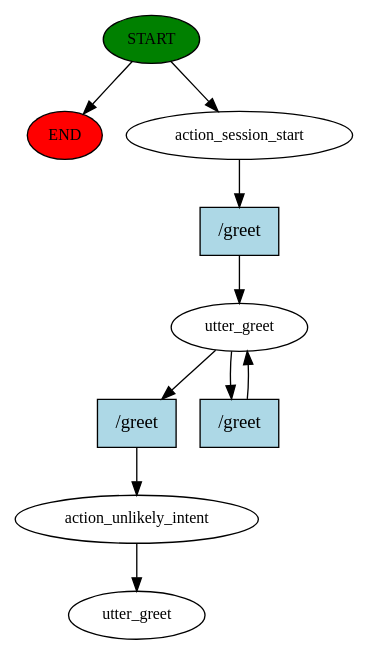
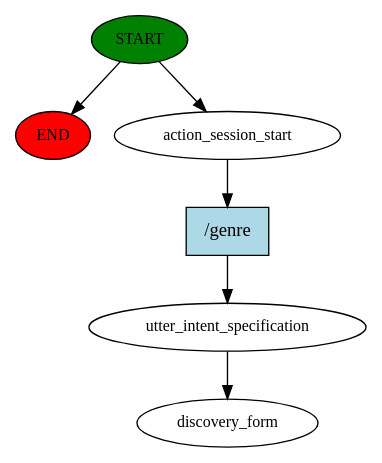
Before and after one commit to sislab-unitn/Let-s-Give-a-Voice-to-Conversational-Agents-in-VR: the diagram in rasa/story_graph.dot, drawn with Graphviz. The commit also changed 4 other files, not shown here.

```diff
--- a/rasa/story_graph.dot
+++ b/rasa/story_graph.dot
@@ -1,20 +1,13 @@
 digraph  {
 0 [class="start active", fillcolor=green, fontsize=12, label=START, style=filled];
 "-1" [class=end, fillcolor=red, fontsize=12, label=END, style=filled];
 1 [class=active, fontsize=12, label=action_session_start];
-2 [class=active, fontsize=12, label=utter_greet];
-4 [class=active, fontsize=12, label=action_unlikely_intent];
-5 [class="dashed active", fontsize=12, label=utter_greet];
-6 [class="intent active", fillcolor=lightblue, label="/greet", shape=rect, style=filled];
-7 [class="intent active", fillcolor=lightblue, label="/greet", shape=rect, style=filled];
-8 [class="intent active", fillcolor=lightblue, label="/greet", shape=rect, style=filled];
+2 [class=active, fontsize=12, label=utter_intent_specification];
+3 [class="dashed active", fontsize=12, label=discovery_form];
+4 [class="intent active", fillcolor=lightblue, label="/genre", shape=rect, style=filled];
 0 -> "-1"  [class="", key=NONE, label=""];
 0 -> 1  [class=active, key=NONE, label=""];
-1 -> 6  [class=active, key=0];
-2 -> 7  [class=active, key=0];
-2 -> 8  [class=active, key=0];
-4 -> 5  [class=active, key=NONE, label=""];
-6 -> 2  [class=active, key=0];
-7 -> 4  [class=active, key=0];
-8 -> 2  [class=active, key=0];
+1 -> 4  [class=active, key=0];
+2 -> 3  [class=active, key=NONE, label=""];
+4 -> 2  [class=active, key=0];
 }
```
